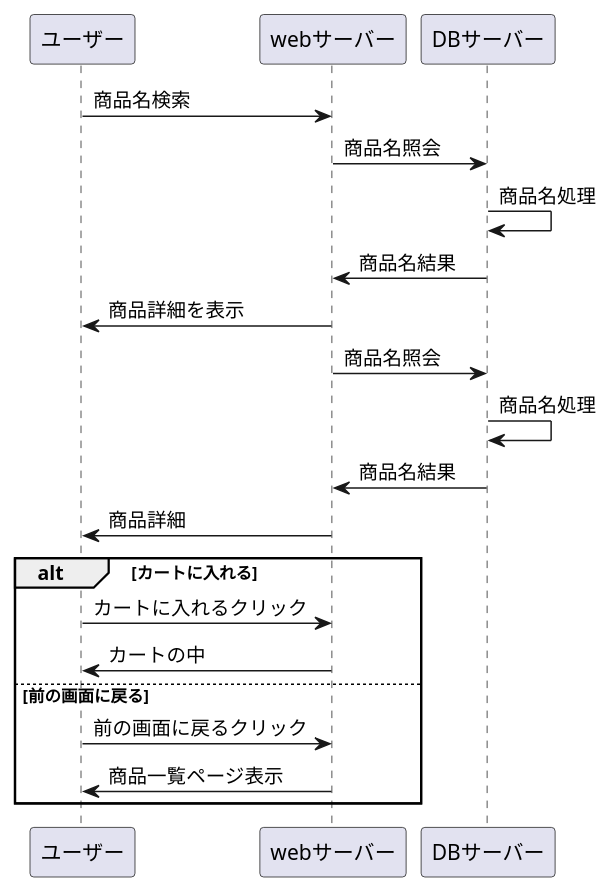
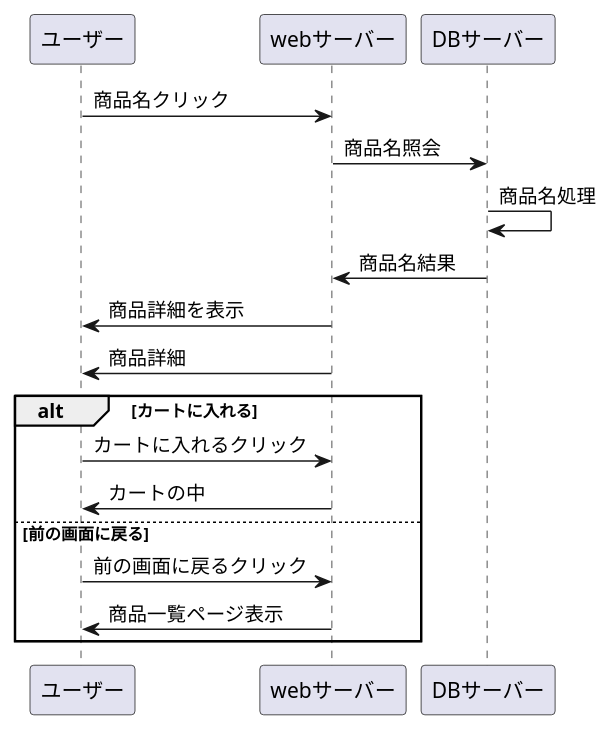
One commit to Aso2001403/2021sys-design changed the diagram in syouhinnitirann.md. Above: the diagram before and after it, drawn with PlantUML.

````diff
--- a/syouhinnitirann.md
+++ b/syouhinnitirann.md
@@ -1,23 +1,21 @@
 ```uml
 @startuml
 
 
-ユーザー -> webサーバー : 商品名検索
+ユーザー -> webサーバー : 商品名クリック
 webサーバー -> DBサーバー : 商品名照会
 DBサーバー -> DBサーバー : 商品名処理
 DBサーバー -> webサーバー : 商品名結果
 webサーバー -> ユーザー : 商品詳細を表示
-webサーバー -> DBサーバー : 商品名照会
-DBサーバー -> DBサーバー : 商品名処理
-DBサーバー -> webサーバー : 商品名結果
+
 
 webサーバー ->  ユーザー: 商品詳細
 alt カートに入れる
  ユーザー -> webサーバー :カートに入れるクリック
  webサーバー -> ユーザー:カートの中
  else 前の画面に戻る
  ユーザー -> webサーバー :前の画面に戻るクリック
  webサーバー -> ユーザー:商品一覧ページ表示
  end
 @enduml
 ```
````
